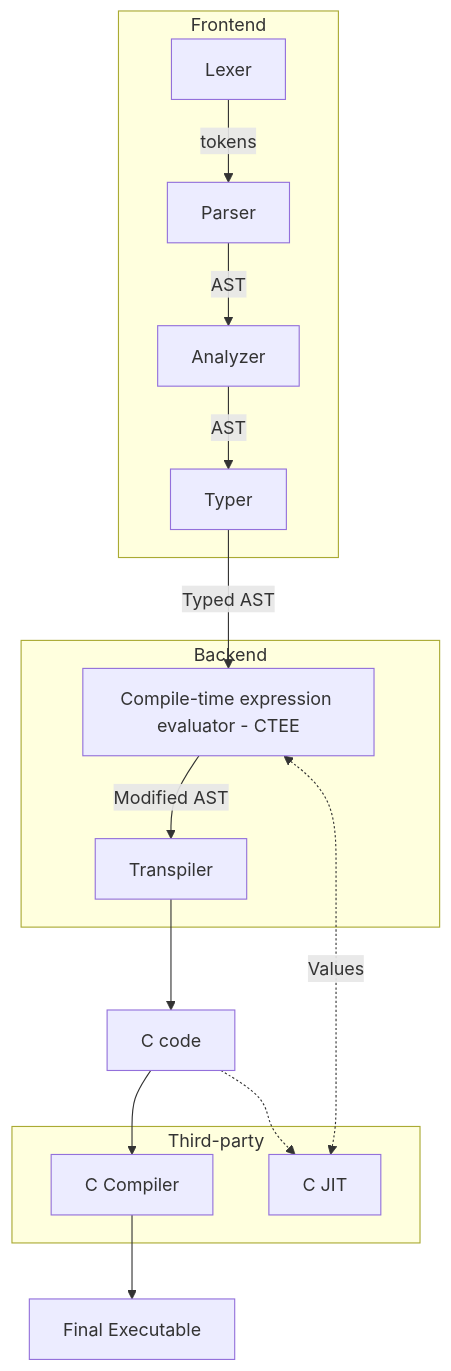
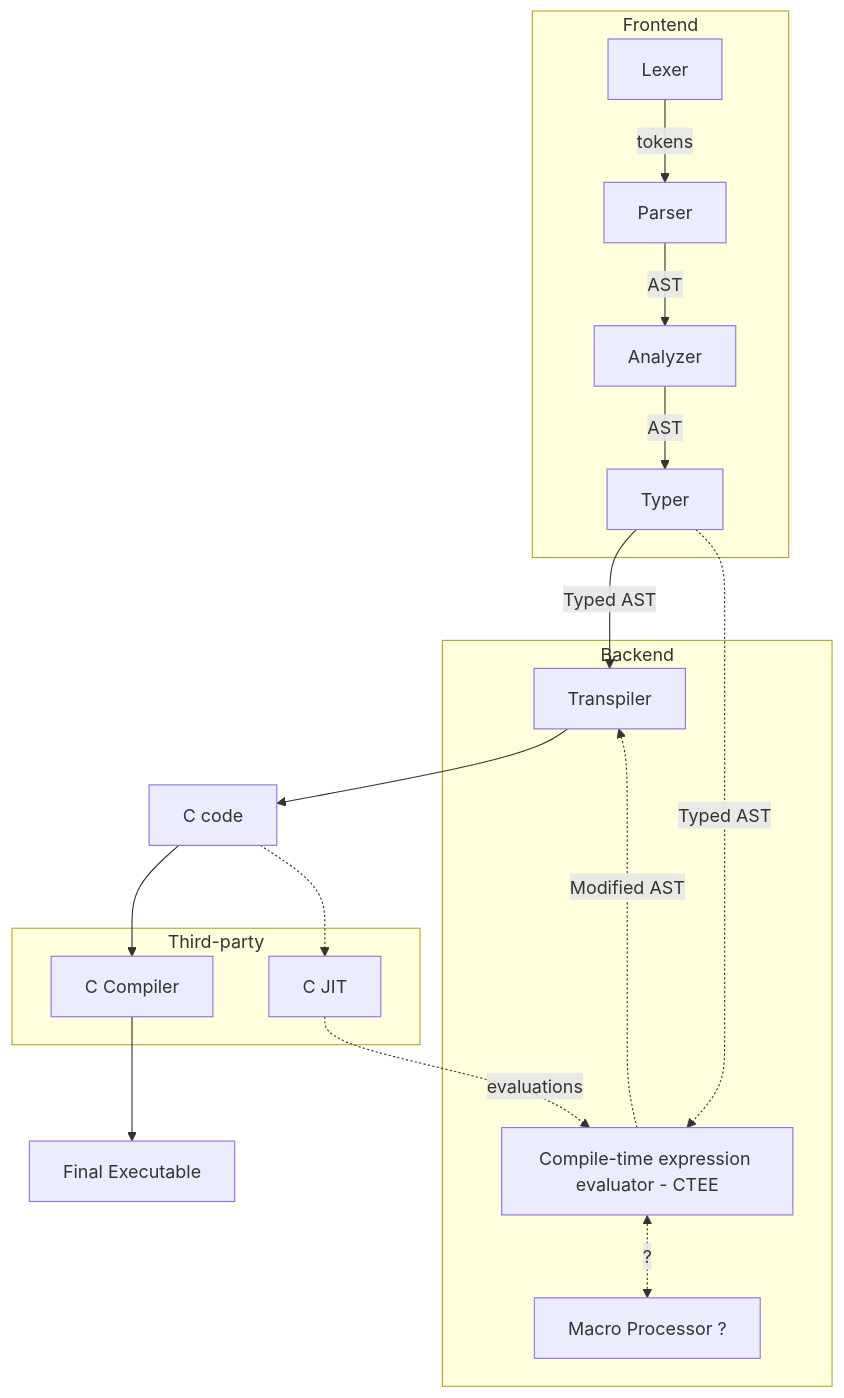
One commit to kvbc/rylang changed the diagram in README.md. Above: the diagram before and after it, drawn with Mermaid.

Commit message:
readme graph

````diff
--- a/README.md
+++ b/README.md
@@ -17,28 +17,29 @@
 ```mermaid
 graph TD
     Lexer --> |tokens| Parser
     Parser --> |AST| Analyzer
     Analyzer --> |AST| Typer
-    Typer --> |Typed AST| CTEE[Compile-time expression evaluator - CTEE]
+    Typer --> |Typed AST| Transpiler
+    Typer .-> |Typed AST| CTEE[Compile-time expression evaluator - CTEE]
     subgraph Frontend
         Lexer & Parser & Analyzer & Typer
     end
 
-    CTEE --> |Modified AST| Transpiler
     Transpiler --> C[C code]
     C --> CComp[C Compiler]
 
-    C .-> JIT
-    CTEE <.-> |Values| JIT[C JIT]
+    C .-> JIT[C JIT]
+    JIT .-> |evaluations| CTEE
+    CTEE .-> |Modified AST| Transpiler
+    CTEE <.-> |?| Macro[Macro Processor ?]
+
+    subgraph Third-party
+        JIT & CComp
+    end
 
     subgraph Backend
-        CTEE & Transpiler
-    end
-
-    subgraph Third-party
-        JIT
-        CComp
+        Macro & CTEE & Transpiler
     end
 
     CComp --> EXE[Final Executable]
 ```
````
